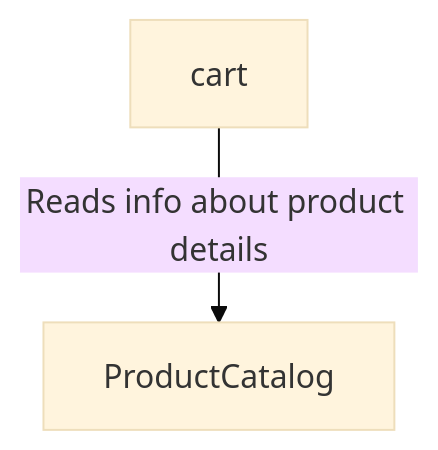
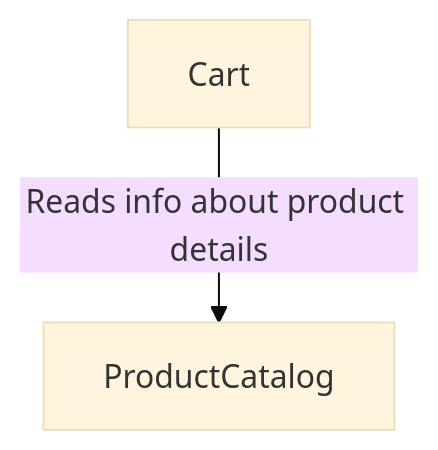
One commit to ultra1008/go_react_ecommerce_google_apple_pay_integrate changed the diagram in backend/Readme.md. Above: the diagram before and after it, drawn with Mermaid (base theme).

````diff
--- a/backend/Readme.md
+++ b/backend/Readme.md
@@ -14,4 +14,4 @@
 ```mermaid
 graph TD;
-    cart-- Reads info about product details -->ProductCatalog;
+    Cart-- Reads info about product details -->ProductCatalog;
 ```
````
